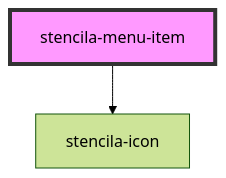
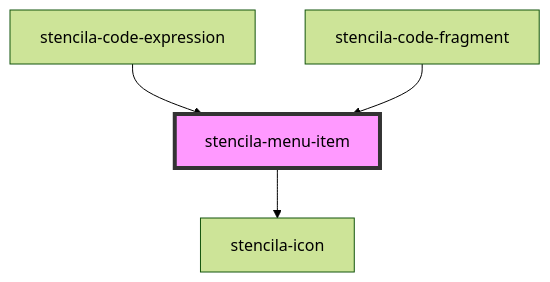
The diagram in packages/components/src/components/menuItem/readme.md (stencila/designa), drawn with Mermaid (forest theme) before and after one commit. The commit also changed other lines of this file and 17 other files, not shown here.

Commit message:
feat(Code Fragment): Add CodeFragment component

````diff
--- a/packages/components/src/components/menuItem/readme.md
+++ b/packages/components/src/components/menuItem/readme.md
@@ -20,5 +26,7 @@
 ```mermaid
 graph TD;
   stencila-menu-item --> stencila-icon
+  stencila-code-expression --> stencila-menu-item
+  stencila-code-fragment --> stencila-menu-item
   style stencila-menu-item fill:#f9f,stroke:#333,stroke-width:4px
 ```
````
